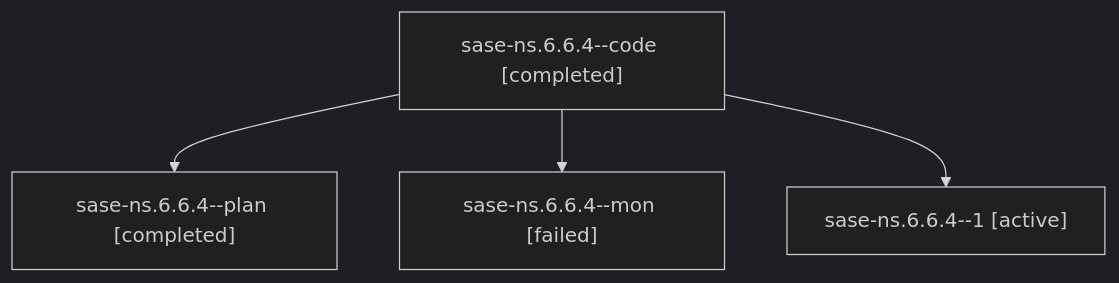
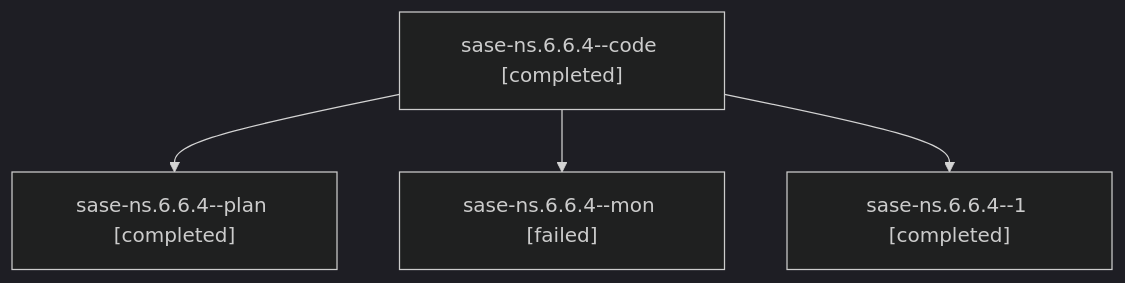
One commit to sase-org/sase--agents changed the diagram in families/bbugyi200.athena.sase-ns.6.6.4.md. Above: the diagram before and after it, drawn with Mermaid (dark theme). The commit also changed other lines of this file and 79 other files, not shown here.

````diff
--- a/families/bbugyi200.athena.sase-ns.6.6.4.md
+++ b/families/bbugyi200.athena.sase-ns.6.6.4.md
@@ -9,10 +9,10 @@
 ```mermaid
 flowchart TD
   n0["sase-ns.6.6.4--code [completed]"]
   n1["sase-ns.6.6.4--plan [completed]"]
   n0 --> n1
   n2["sase-ns.6.6.4--mon [failed]"]
   n0 --> n2
-  n3["sase-ns.6.6.4--1 [active]"]
+  n3["sase-ns.6.6.4--1 [completed]"]
   n0 --> n3
 ```
````
